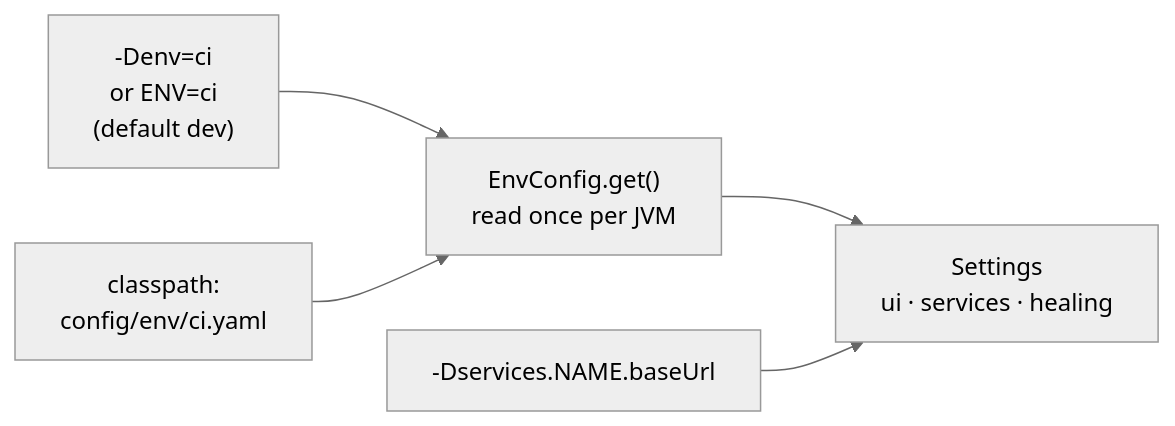
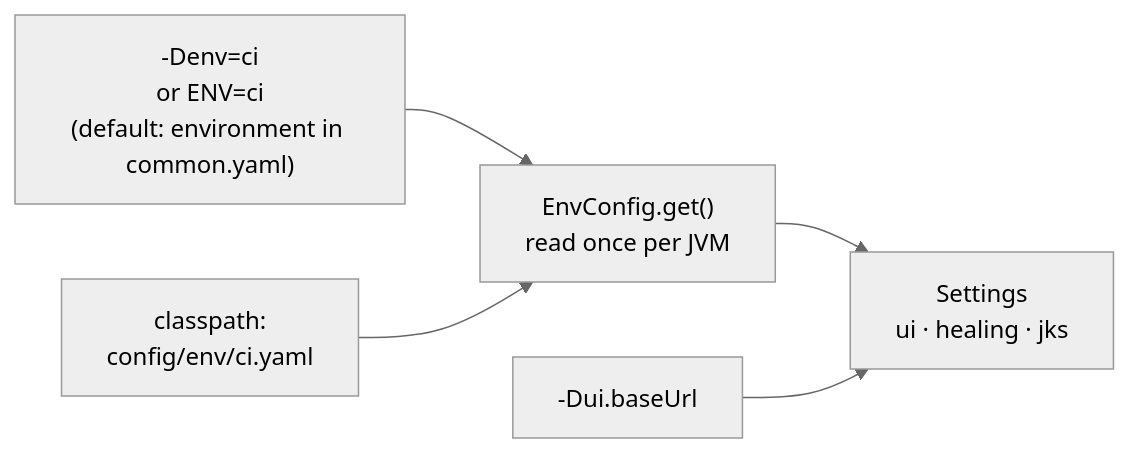
One commit to JayeshKumud/agentic-qa-java changed the fourth of 7 diagrams in docs/architecture.md. Above: the diagram before and after it, drawn with Mermaid (neutral theme). The commit also changed other lines of this file and 18 other files, not shown here.

First line of the commit message:
Default environment from common.yaml, drop services, stop masking secrets

````diff
--- a/docs/architecture.md
+++ b/docs/architecture.md
@@ -183,7 +183,7 @@
 ```mermaid
 flowchart LR
-    P["-Denv=ci<br/>or ENV=ci<br/>(default dev)"] --> E["EnvConfig.get()<br/>read once per JVM"]
+    P["-Denv=ci<br/>or ENV=ci<br/>(default: environment in common.yaml)"] --> E["EnvConfig.get()<br/>read once per JVM"]
     Y["classpath:<br/>config/env/ci.yaml"] --> E
-    E --> S["Settings<br/>ui · services · healing"]
-    O["-Dservices.NAME.baseUrl"] --> S
+    E --> S["Settings<br/>ui · healing · jks"]
+    O["-Dui.baseUrl"] --> S
 ```
````
